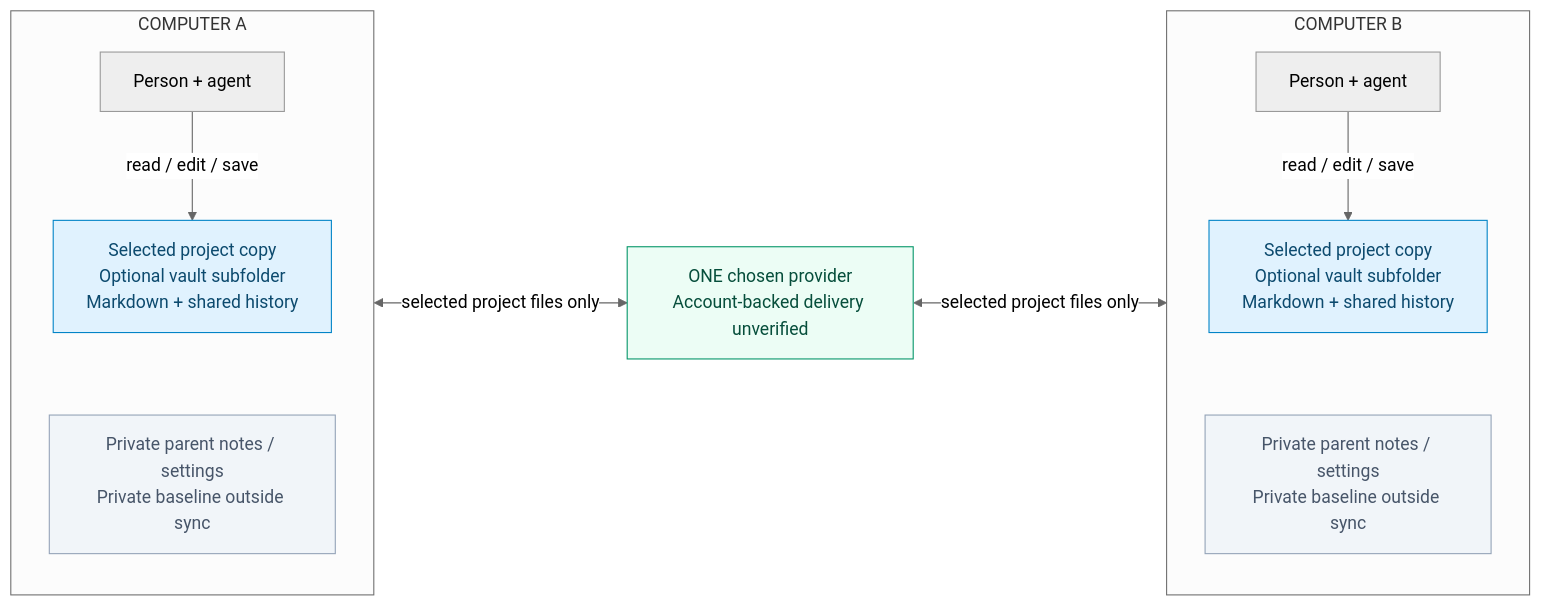
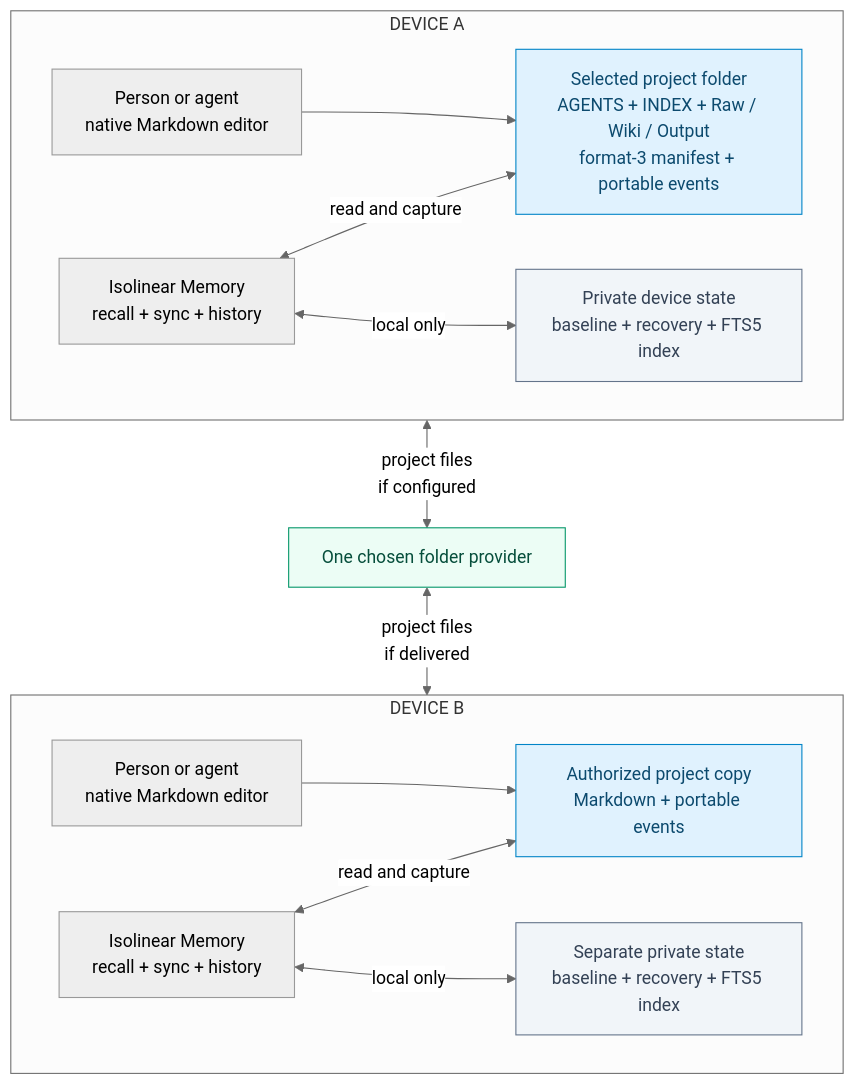
Before and after one commit to Kian-hdr/isolinear-memory: the first of 5 diagrams in docs/DIAGRAMS.md, drawn with Mermaid (neutral theme). The commit also changed other lines of this file and 12 other files, not shown here.

First line of the commit message:
Refresh Isolinear Memory README and system diagrams

````diff
--- a/docs/DIAGRAMS.md
+++ b/docs/DIAGRAMS.md
@@ -21,25 +18,25 @@
 ```mermaid
-flowchart LR
-  accTitle: One shared project, separate local copies
-  accDescr: People and agents edit selected project copies. A chosen provider exchanges only the project files. Private parent notes, settings and local baselines are not shared.
-  subgraph A["COMPUTER A"]
-    direction TB
-    AE["Person + agent"] -->|"read / edit / save"| AF["Selected project copy<br/>Optional vault subfolder<br/>Markdown + shared history"]
-    AF ~~~ AP
-    AP["Private parent notes / settings<br/>Private baseline outside sync"]
+flowchart TB
+  accTitle: One selected project, separate private device state
+  accDescr: Each device holds a selected Markdown project and a private baseline, recovery state and FTS5 index. Isolinear Memory reads and records only the selected project. Provider sync scope is configured separately; the private state is outside the project route.
+  subgraph A["DEVICE A"]
+    direction LR
+    AE["Person or agent<br/>native Markdown editor"] --> AF["Selected project folder<br/>AGENTS + INDEX + Raw / Wiki / Output<br/>format-3 manifest + portable events"]
+    AM["Isolinear Memory<br/>recall + sync + history"] <-->|"read and capture"| AF
+    AM <-->|"local only"| AS["Private device state<br/>baseline + recovery + FTS5 index"]
   end
-  A <-->|"selected project files only"| P["ONE chosen provider<br/>Account-backed delivery unverified"]
-  subgraph B["COMPUTER B"]
-    direction TB
-    BE["Person + agent"] -->|"read / edit / save"| BF["Selected project copy<br/>Optional vault subfolder<br/>Markdown + shared history"]
-    BF ~~~ BP
-    BP["Private parent notes / settings<br/>Private baseline outside sync"]
+  AF <-->|"project files<br/>if configured"| P["One chosen folder provider"]
+  P <-->|"project files<br/>if delivered"| BF
+  subgraph B["DEVICE B"]
+    direction LR
+    BE["Person or agent<br/>native Markdown editor"] --> BF["Authorized project copy<br/>Markdown + portable events"]
+    BM["Isolinear Memory<br/>recall + sync + history"] <-->|"read and capture"| BF
+    BM <-->|"local only"| BS["Separate private state<br/>baseline + recovery + FTS5 index"]
   end
-  P <-->|"selected project files only"| B
-  classDef private fill:#f1f5f9,stroke:#94a3b8,color:#475569;
-  classDef shared fill:#e0f2fe,stroke:#0284c7,color:#0c4a6e;
+  classDef project fill:#e0f2fe,stroke:#0284c7,color:#0c4a6e;
+  classDef private fill:#f1f5f9,stroke:#64748b,color:#334155;
   classDef route fill:#ecfdf5,stroke:#059669,color:#064e3b;
-  class AP,BP private;
-  class AF,BF shared;
+  class AF,BF project;
+  class AS,BS private;
   class P route;
 ```
````
